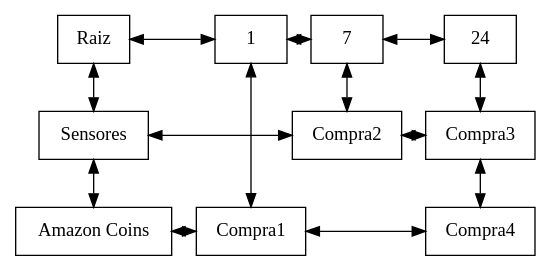
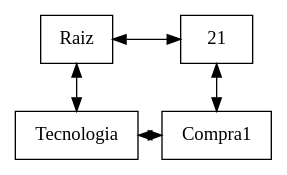
The diagram in Proyecto1/diagramaMatriz.dot (DiegoPabloPA/EDD_VirtualMall_201900226), drawn with Graphviz before and after one commit. The commit also changed 73 other files, not shown here.

```diff
--- a/Proyecto1/diagramaMatriz.dot
+++ b/Proyecto1/diagramaMatriz.dot
@@ -1,31 +1,13 @@
 digraph g{
 node [shape=box];
 NodoRaiz[label="Raiz",group=1];
-F1[label="Sensores", group = 1];
+F1[label="Tecnologia", group = 1];
 NodoRaiz->F1[dir=both];
-F2[label="Amazon Coins", group = 1];
-F1->F2[dir=both];
-C1[label="1",group =2];
+C1[label="21",group =2];
 NodoRaiz->C1[dir=both];
-C2[label="7",group =3];
-C1->C2[dir=both];
-C3[label="24",group =4];
-C2->C3[dir=both];
-{rank = same; NodoRaiz;C1; C2; C3; }
+{rank = same; NodoRaiz;C1; }
 Compra1[group =2];
 C1->Compra1[dir=both];
-F2->Compra1[dir=both];
-{rank = same; F2; Compra1; }
-Compra2[group =3];
-C2->Compra2[dir=both];
-F1->Compra2[dir=both];
-{rank = same; F1; Compra2; }
-Compra3[group =4];
-C3->Compra3[dir=both];
-Compra2->Compra3[dir=both];
-{rank = same; Compra2; Compra3; }
-Compra4[group =4];
-Compra3->Compra4[dir=both];
-Compra1->Compra4[dir=both];
-{rank = same; Compra1; Compra4; }
+F1->Compra1[dir=both];
+{rank = same; F1; Compra1; }
 }
```
